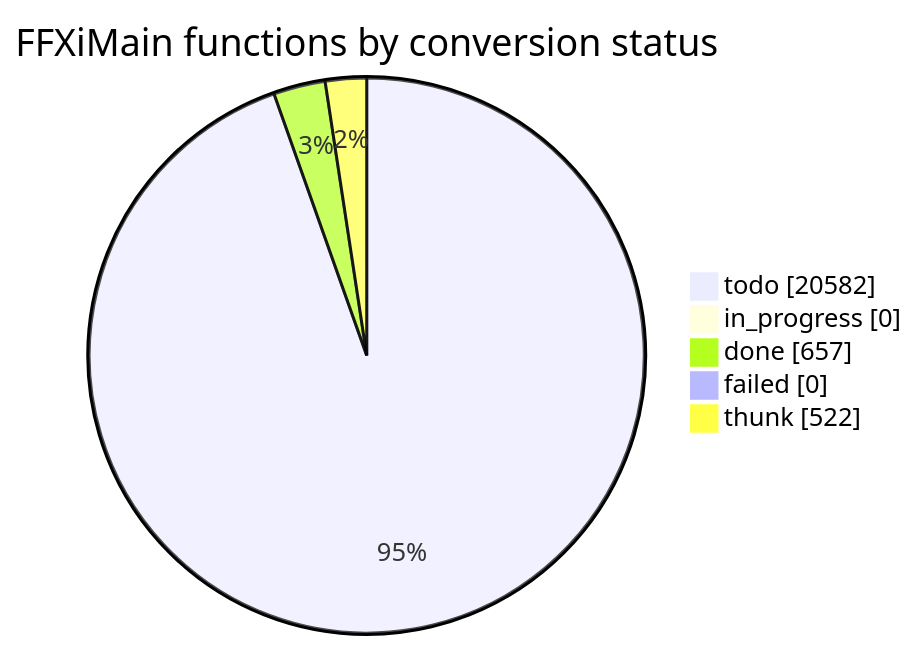
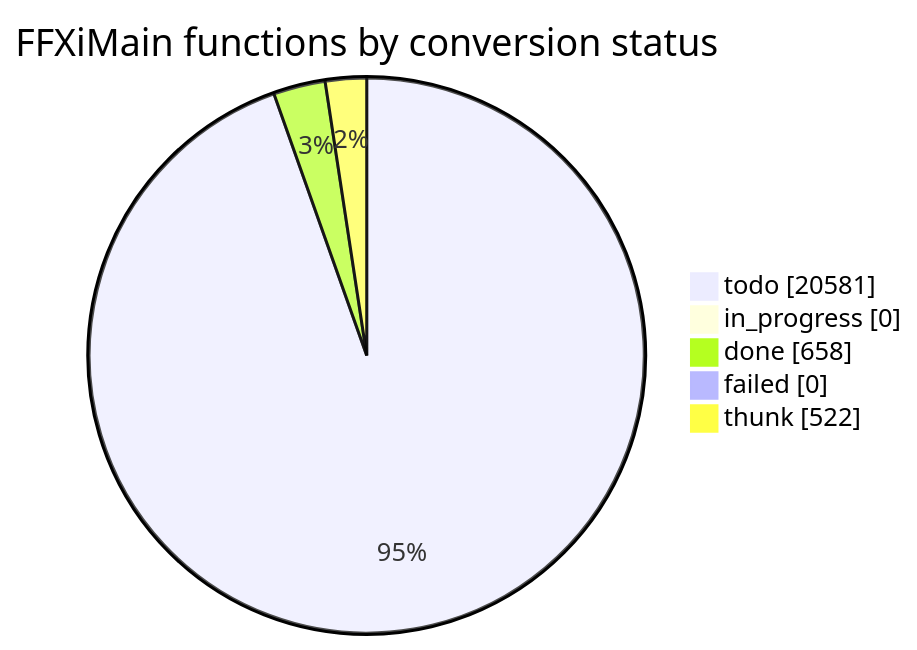
One commit to cowrevenge/cow_kuluu_xi_anything changed the diagram in docs/cow/STATUS.md. Above: the diagram before and after it, drawn with Mermaid. The commit also changed other lines of this file and 9 other files, not shown here.

````diff
--- a/docs/cow/STATUS.md
+++ b/docs/cow/STATUS.md
@@ -18,9 +18,9 @@
 ```mermaid
 pie showData
     title FFXiMain functions by conversion status
-    "todo" : 20582
+    "todo" : 20581
     "in_progress" : 0
-    "done" : 657
+    "done" : 658
     "failed" : 0
     "thunk" : 522
 ```
````
